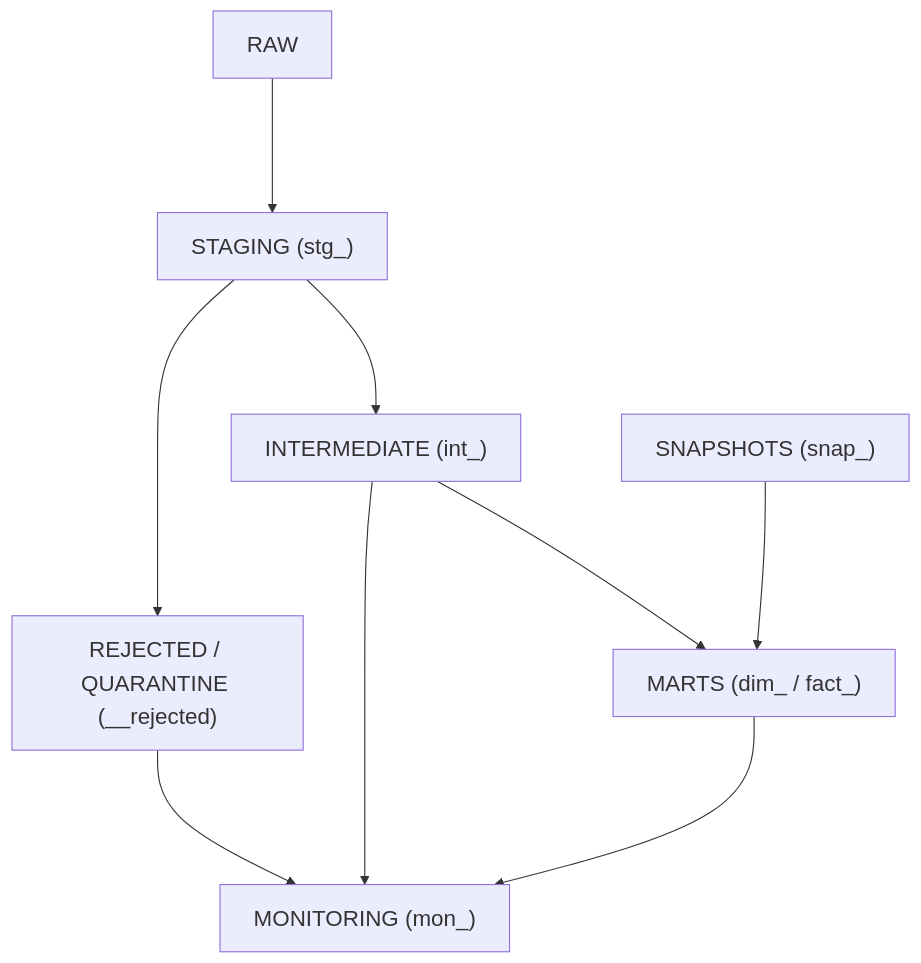
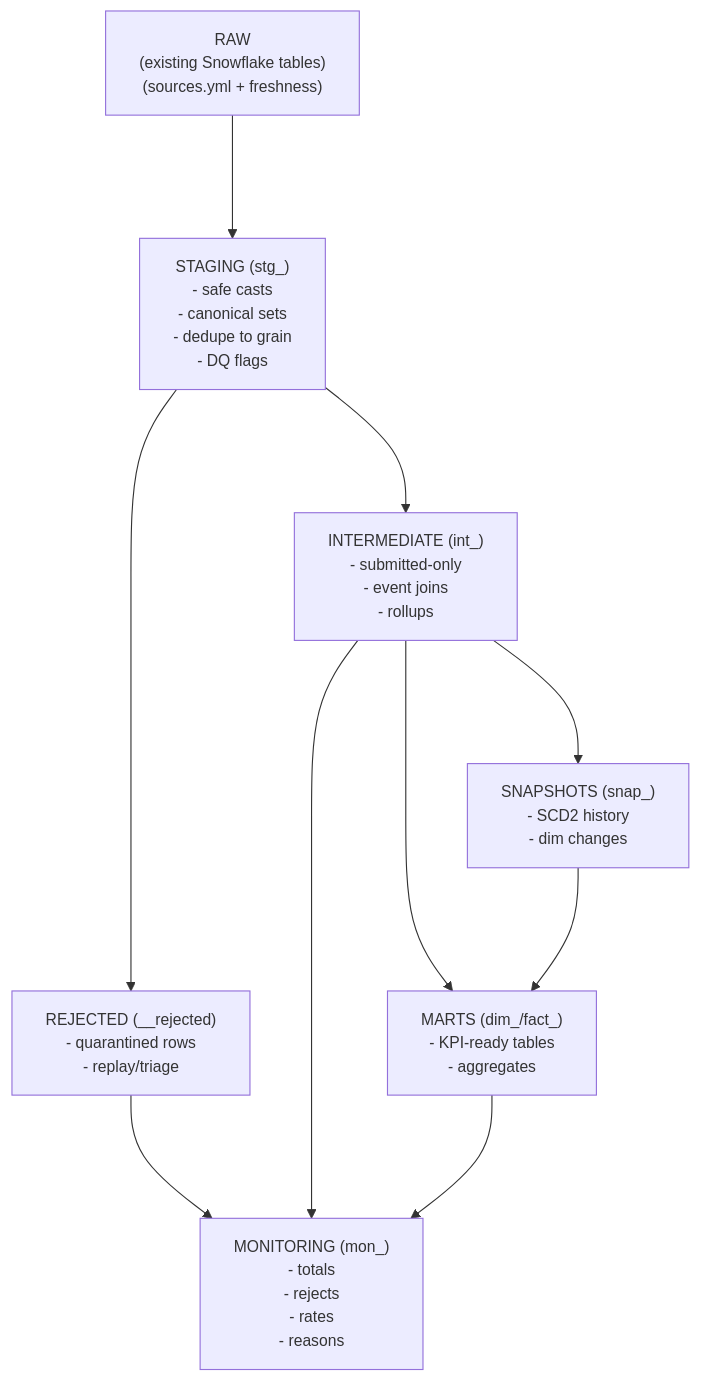
One commit to psgpyc/survey-analytics-engineering-wash changed the diagram in README.md. Above: the diagram before and after it, drawn with Mermaid.

Commit message:
Update flowchart in README with new formatting

````diff
--- a/README.md
+++ b/README.md
@@ -98,19 +98,24 @@
 ```mermaid
-%%{init: {
-  "flowchart": { "nodeSpacing": 90, "rankSpacing": 120 },
-  "themeVariables": { "fontSize": "20px" }
-}}%%
+%%{init: {'flowchart': {'nodeSpacing': 90, 'rankSpacing': 110}, 'themeVariables': {'fontSize': '14px'}}}%%
 flowchart TB
 
-RAW["RAW"] --> STG["STAGING (stg_)"]
+RAW["RAW\n(existing Snowflake tables)\n(sources.yml + freshness)"]
+STG["STAGING (stg_)\n- safe casts\n- canonical sets\n- dedupe to grain\n- DQ flags"]
+INT["INTERMEDIATE (int_)\n- submitted-only\n- event joins\n- rollups"]
+MRT["MARTS (dim_/fact_)\n- KPI-ready tables\n- aggregates"]
+REJ["REJECTED (__rejected)\n- quarantined rows\n- replay/triage"]
+MON["MONITORING (mon_)\n- totals\n- rejects\n- rates\n- reasons"]
+SNP["SNAPSHOTS (snap_)\n- SCD2 history\n- dim changes"]
 
-STG --> INT["INTERMEDIATE (int_)"]
-STG --> REJ["REJECTED / QUARANTINE (__rejected)"]
+RAW --> STG
+STG --> INT
+INT --> MRT
 
-INT --> MRT["MARTS (dim_ / fact_)"]
-SNAP["SNAPSHOTS (snap_)"] --> MRT
-
-REJ --> MON["MONITORING (mon_)"]
+STG --> REJ
+REJ --> MON
 INT --> MON
 MRT --> MON
+
+INT --> SNP
+SNP --> MRT
 ```
````
